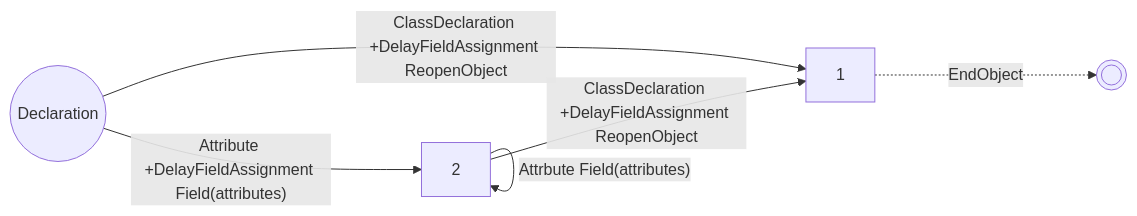
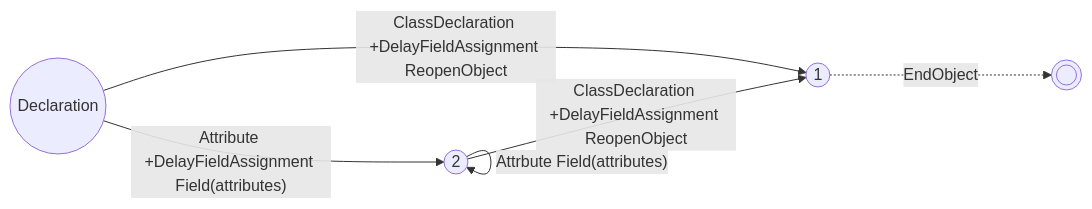
Before and after one commit to vczh-websites/vczh: diagram 20 of 20 in Blog/GLR-Refactoring/Mermaid.md, drawn with Mermaid. The commit also changed other lines of this file, not shown here.

````diff
--- a/Blog/GLR-Refactoring/Mermaid.md
+++ b/Blog/GLR-Refactoring/Mermaid.md
@@ -328,8 +328,8 @@
 ```mermaid
 graph LR
   S((Declaration))-- ClassDeclaration +DelayFieldAssignment ReopenObject -->1
   S-- Attribute +DelayFieldAssignment Field(attributes) -->2
-  2-- Attrbute Field(attributes) -->2
+  2((2))-- Attrbute Field(attributes) -->2
   2-- ClassDeclaration +DelayFieldAssignment ReopenObject -->1
-  1-. EndObject .->E((( )))
+  1((1))-. EndObject .->E((( )))
 ```
````
